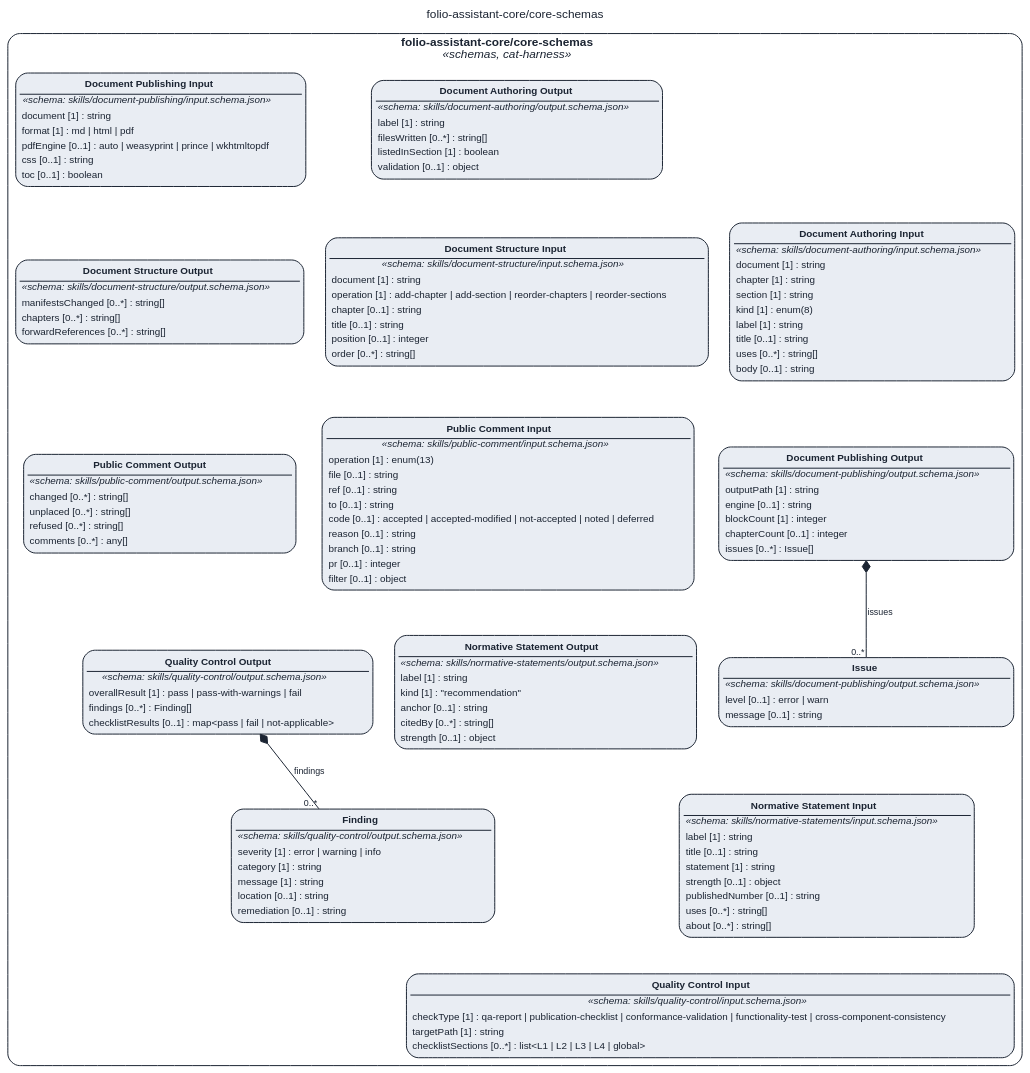
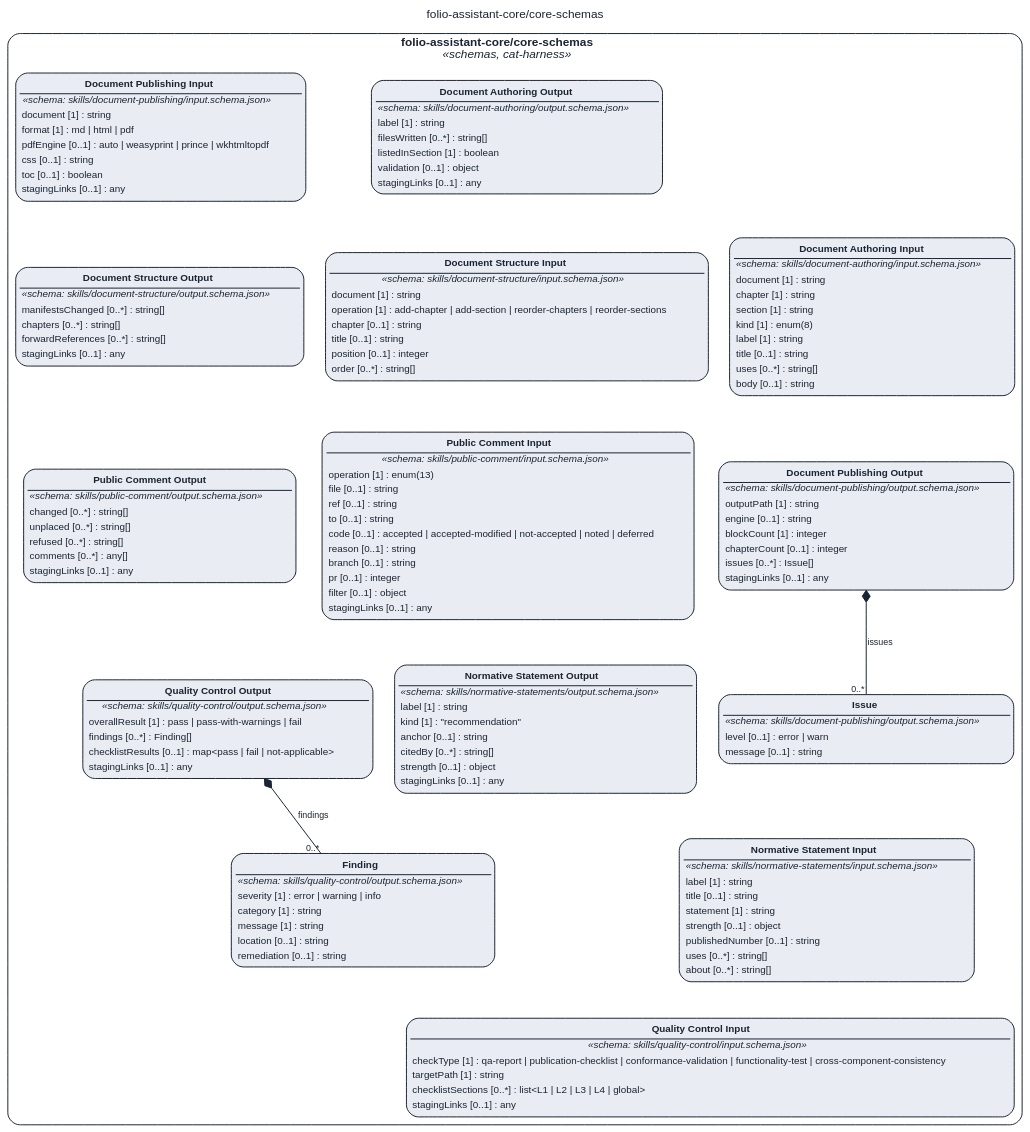
One commit to litlfred/folio-assistant changed the diagram in STAGING/claude-stage-smart-base-e2e-on-2529/assets/img/uml/overview/folio-assistant-core/core-schemas.dot. Above: the diagram before and after it, drawn with Graphviz. The commit also changed 7774 other files, not shown here.

```diff
--- a/STAGING/claude-stage-smart-base-e2e-on-2529/assets/img/uml/overview/folio-assistant-core/core-schemas.dot
+++ b/STAGING/claude-stage-smart-base-e2e-on-2529/assets/img/uml/overview/folio-assistant-core/core-schemas.dot
@@ -7,19 +7,19 @@
   subgraph "cluster_pkg_folio_assistant_core_core_schemas" {
     label=<<b>folio-assistant-core/core-schemas</b><br/><i>«schemas, cat-harness»</i>>; style="rounded"; color="#1b2432"; class="fa_uml_subgraph";
     "folio_assistant_core_core_schemas_skills_document_authoring_input_schema_json_Document_Authoring_Input" [fillcolor="#e9edf3", class="fa_uml_kind_schemas", label=<<table border="0" cellborder="0" cellspacing="0" cellpadding="2"><tr><td border="1" sides="b"><b>Document Authoring Input</b></td></tr><tr><td><i>«schema: skills/document-authoring/input.schema.json»</i></td></tr><tr><td align="left">document [1] : string</td></tr><tr><td align="left">chapter [1] : string</td></tr><tr><td align="left">section [1] : string</td></tr><tr><td align="left">kind [1] : enum(8)</td></tr><tr><td align="left">label [1] : string</td></tr><tr><td align="left">title [0..1] : string</td></tr><tr><td align="left">uses [0..*] : string[]</td></tr><tr><td align="left">body [0..1] : string</td></tr></table>>];
-    "folio_assistant_core_core_schemas_skills_document_authoring_output_schema_json_Document_Authoring_Output" [fillcolor="#e9edf3", class="fa_uml_kind_schemas", label=<<table border="0" cellborder="0" cellspacing="0" cellpadding="2"><tr><td border="1" sides="b"><b>Document Authoring Output</b></td></tr><tr><td><i>«schema: skills/document-authoring/output.schema.json»</i></td></tr><tr><td align="left">label [1] : string</td></tr><tr><td align="left">filesWritten [0..*] : string[]</td></tr><tr><td align="left">listedInSection [1] : boolean</td></tr><tr><td align="left">validation [0..1] : object</td></tr></table>>];
-    "folio_assistant_core_core_schemas_skills_document_publishing_input_schema_json_Document_Publishing_Input" [fillcolor="#e9edf3", class="fa_uml_kind_schemas", label=<<table border="0" cellborder="0" cellspacing="0" cellpadding="2"><tr><td border="1" sides="b"><b>Document Publishing Input</b></td></tr><tr><td><i>«schema: skills/document-publishing/input.schema.json»</i></td></tr><tr><td align="left">document [1] : string</td></tr><tr><td align="left">format [1] : md | html | pdf</td></tr><tr><td align="left">pdfEngine [0..1] : auto | weasyprint | prince | wkhtmltopdf</td></tr><tr><td align="left">css [0..1] : string</td></tr><tr><td align="left">toc [0..1] : boolean</td></tr></table>>];
+    "folio_assistant_core_core_schemas_skills_document_authoring_output_schema_json_Document_Authoring_Output" [fillcolor="#e9edf3", class="fa_uml_kind_schemas", label=<<table border="0" cellborder="0" cellspacing="0" cellpadding="2"><tr><td border="1" sides="b"><b>Document Authoring Output</b></td></tr><tr><td><i>«schema: skills/document-authoring/output.schema.json»</i></td></tr><tr><td align="left">label [1] : string</td></tr><tr><td align="left">filesWritten [0..*] : string[]</td></tr><tr><td align="left">listedInSection [1] : boolean</td></tr><tr><td align="left">validation [0..1] : object</td></tr><tr><td align="left">stagingLinks [0..1] : any</td></tr></table>>];
+    "folio_assistant_core_core_schemas_skills_document_publishing_input_schema_json_Document_Publishing_Input" [fillcolor="#e9edf3", class="fa_uml_kind_schemas", label=<<table border="0" cellborder="0" cellspacing="0" cellpadding="2"><tr><td border="1" sides="b"><b>Document Publishing Input</b></td></tr><tr><td><i>«schema: skills/document-publishing/input.schema.json»</i></td></tr><tr><td align="left">document [1] : string</td></tr><tr><td align="left">format [1] : md | html | pdf</td></tr><tr><td align="left">pdfEngine [0..1] : auto | weasyprint | prince | wkhtmltopdf</td></tr><tr><td align="left">css [0..1] : string</td></tr><tr><td align="left">toc [0..1] : boolean</td></tr><tr><td align="left">stagingLinks [0..1] : any</td></tr></table>>];
     "folio_assistant_core_core_schemas_skills_document_publishing_output_schema_json_Issue" [fillcolor="#e9edf3", class="fa_uml_kind_schemas", label=<<table border="0" cellborder="0" cellspacing="0" cellpadding="2"><tr><td border="1" sides="b"><b>Issue</b></td></tr><tr><td><i>«schema: skills/document-publishing/output.schema.json»</i></td></tr><tr><td align="left">level [0..1] : error | warn</td></tr><tr><td align="left">message [0..1] : string</td></tr></table>>];
-    "folio_assistant_core_core_schemas_skills_document_publishing_output_schema_json_Document_Publishing_Output" [fillcolor="#e9edf3", class="fa_uml_kind_schemas", label=<<table border="0" cellborder="0" cellspacing="0" cellpadding="2"><tr><td border="1" sides="b"><b>Document Publishing Output</b></td></tr><tr><td><i>«schema: skills/document-publishing/output.schema.json»</i></td></tr><tr><td align="left">outputPath [1] : string</td></tr><tr><td align="left">engine [0..1] : string</td></tr><tr><td align="left">blockCount [1] : integer</td></tr><tr><td align="left">chapterCount [0..1] : integer</td></tr><tr><td align="left">issues [0..*] : Issue[]</td></tr></table>>];
+    "folio_assistant_core_core_schemas_skills_document_publishing_output_schema_json_Document_Publishing_Output" [fillcolor="#e9edf3", class="fa_uml_kind_schemas", label=<<table border="0" cellborder="0" cellspacing="0" cellpadding="2"><tr><td border="1" sides="b"><b>Document Publishing Output</b></td></tr><tr><td><i>«schema: skills/document-publishing/output.schema.json»</i></td></tr><tr><td align="left">outputPath [1] : string</td></tr><tr><td align="left">engine [0..1] : string</td></tr><tr><td align="left">blockCount [1] : integer</td></tr><tr><td align="left">chapterCount [0..1] : integer</td></tr><tr><td align="left">issues [0..*] : Issue[]</td></tr><tr><td align="left">stagingLinks [0..1] : any</td></tr></table>>];
     "folio_assistant_core_core_schemas_skills_document_structure_input_schema_json_Document_Structure_Input" [fillcolor="#e9edf3", class="fa_uml_kind_schemas", label=<<table border="0" cellborder="0" cellspacing="0" cellpadding="2"><tr><td border="1" sides="b"><b>Document Structure Input</b></td></tr><tr><td><i>«schema: skills/document-structure/input.schema.json»</i></td></tr><tr><td align="left">document [1] : string</td></tr><tr><td align="left">operation [1] : add-chapter | add-section | reorder-chapters | reorder-sections</td></tr><tr><td align="left">chapter [0..1] : string</td></tr><tr><td align="left">title [0..1] : string</td></tr><tr><td align="left">position [0..1] : integer</td></tr><tr><td align="left">order [0..*] : string[]</td></tr></table>>];
-    "folio_assistant_core_core_schemas_skills_document_structure_output_schema_json_Document_Structure_Output" [fillcolor="#e9edf3", class="fa_uml_kind_schemas", label=<<table border="0" cellborder="0" cellspacing="0" cellpadding="2"><tr><td border="1" sides="b"><b>Document Structure Output</b></td></tr><tr><td><i>«schema: skills/document-structure/output.schema.json»</i></td></tr><tr><td align="left">manifestsChanged [0..*] : string[]</td></tr><tr><td align="left">chapters [0..*] : string[]</td></tr><tr><td align="left">forwardReferences [0..*] : string[]</td></tr></table>>];
+    "folio_assistant_core_core_schemas_skills_document_structure_output_schema_json_Document_Structure_Output" [fillcolor="#e9edf3", class="fa_uml_kind_schemas", label=<<table border="0" cellborder="0" cellspacing="0" cellpadding="2"><tr><td border="1" sides="b"><b>Document Structure Output</b></td></tr><tr><td><i>«schema: skills/document-structure/output.schema.json»</i></td></tr><tr><td align="left">manifestsChanged [0..*] : string[]</td></tr><tr><td align="left">chapters [0..*] : string[]</td></tr><tr><td align="left">forwardReferences [0..*] : string[]</td></tr><tr><td align="left">stagingLinks [0..1] : any</td></tr></table>>];
     "folio_assistant_core_core_schemas_skills_normative_statements_input_schema_json_Normative_Statement_Input" [fillcolor="#e9edf3", class="fa_uml_kind_schemas", label=<<table border="0" cellborder="0" cellspacing="0" cellpadding="2"><tr><td border="1" sides="b"><b>Normative Statement Input</b></td></tr><tr><td><i>«schema: skills/normative-statements/input.schema.json»</i></td></tr><tr><td align="left">label [1] : string</td></tr><tr><td align="left">title [0..1] : string</td></tr><tr><td align="left">statement [1] : string</td></tr><tr><td align="left">strength [0..1] : object</td></tr><tr><td align="left">publishedNumber [0..1] : string</td></tr><tr><td align="left">uses [0..*] : string[]</td></tr><tr><td align="left">about [0..*] : string[]</td></tr></table>>];
-    "folio_assistant_core_core_schemas_skills_normative_statements_output_schema_json_Normative_Statement_Output" [fillcolor="#e9edf3", class="fa_uml_kind_schemas", label=<<table border="0" cellborder="0" cellspacing="0" cellpadding="2"><tr><td border="1" sides="b"><b>Normative Statement Output</b></td></tr><tr><td><i>«schema: skills/normative-statements/output.schema.json»</i></td></tr><tr><td align="left">label [1] : string</td></tr><tr><td align="left">kind [1] : &quot;recommendation&quot;</td></tr><tr><td align="left">anchor [0..1] : string</td></tr><tr><td align="left">citedBy [0..*] : string[]</td></tr><tr><td align="left">strength [0..1] : object</td></tr></table>>];
-    "folio_assistant_core_core_schemas_skills_public_comment_input_schema_json_Public_Comment_Input" [fillcolor="#e9edf3", class="fa_uml_kind_schemas", label=<<table border="0" cellborder="0" cellspacing="0" cellpadding="2"><tr><td border="1" sides="b"><b>Public Comment Input</b></td></tr><tr><td><i>«schema: skills/public-comment/input.schema.json»</i></td></tr><tr><td align="left">operation [1] : enum(13)</td></tr><tr><td align="left">file [0..1] : string</td></tr><tr><td align="left">ref [0..1] : string</td></tr><tr><td align="left">to [0..1] : string</td></tr><tr><td align="left">code [0..1] : accepted | accepted-modified | not-accepted | noted | deferred</td></tr><tr><td align="left">reason [0..1] : string</td></tr><tr><td align="left">branch [0..1] : string</td></tr><tr><td align="left">pr [0..1] : integer</td></tr><tr><td align="left">filter [0..1] : object</td></tr></table>>];
-    "folio_assistant_core_core_schemas_skills_public_comment_output_schema_json_Public_Comment_Output" [fillcolor="#e9edf3", class="fa_uml_kind_schemas", label=<<table border="0" cellborder="0" cellspacing="0" cellpadding="2"><tr><td border="1" sides="b"><b>Public Comment Output</b></td></tr><tr><td><i>«schema: skills/public-comment/output.schema.json»</i></td></tr><tr><td align="left">changed [0..*] : string[]</td></tr><tr><td align="left">unplaced [0..*] : string[]</td></tr><tr><td align="left">refused [0..*] : string[]</td></tr><tr><td align="left">comments [0..*] : any[]</td></tr></table>>];
-    "folio_assistant_core_core_schemas_skills_quality_control_input_schema_json_Quality_Control_Input" [fillcolor="#e9edf3", class="fa_uml_kind_schemas", label=<<table border="0" cellborder="0" cellspacing="0" cellpadding="2"><tr><td border="1" sides="b"><b>Quality Control Input</b></td></tr><tr><td><i>«schema: skills/quality-control/input.schema.json»</i></td></tr><tr><td align="left">checkType [1] : qa-report | publication-checklist | conformance-validation | functionality-test | cross-component-consistency</td></tr><tr><td align="left">targetPath [1] : string</td></tr><tr><td align="left">checklistSections [0..*] : list&lt;L1 | L2 | L3 | L4 | global&gt;</td></tr></table>>];
+    "folio_assistant_core_core_schemas_skills_normative_statements_output_schema_json_Normative_Statement_Output" [fillcolor="#e9edf3", class="fa_uml_kind_schemas", label=<<table border="0" cellborder="0" cellspacing="0" cellpadding="2"><tr><td border="1" sides="b"><b>Normative Statement Output</b></td></tr><tr><td><i>«schema: skills/normative-statements/output.schema.json»</i></td></tr><tr><td align="left">label [1] : string</td></tr><tr><td align="left">kind [1] : &quot;recommendation&quot;</td></tr><tr><td align="left">anchor [0..1] : string</td></tr><tr><td align="left">citedBy [0..*] : string[]</td></tr><tr><td align="left">strength [0..1] : object</td></tr><tr><td align="left">stagingLinks [0..1] : any</td></tr></table>>];
+    "folio_assistant_core_core_schemas_skills_public_comment_input_schema_json_Public_Comment_Input" [fillcolor="#e9edf3", class="fa_uml_kind_schemas", label=<<table border="0" cellborder="0" cellspacing="0" cellpadding="2"><tr><td border="1" sides="b"><b>Public Comment Input</b></td></tr><tr><td><i>«schema: skills/public-comment/input.schema.json»</i></td></tr><tr><td align="left">operation [1] : enum(13)</td></tr><tr><td align="left">file [0..1] : string</td></tr><tr><td align="left">ref [0..1] : string</td></tr><tr><td align="left">to [0..1] : string</td></tr><tr><td align="left">code [0..1] : accepted | accepted-modified | not-accepted | noted | deferred</td></tr><tr><td align="left">reason [0..1] : string</td></tr><tr><td align="left">branch [0..1] : string</td></tr><tr><td align="left">pr [0..1] : integer</td></tr><tr><td align="left">filter [0..1] : object</td></tr><tr><td align="left">stagingLinks [0..1] : any</td></tr></table>>];
+    "folio_assistant_core_core_schemas_skills_public_comment_output_schema_json_Public_Comment_Output" [fillcolor="#e9edf3", class="fa_uml_kind_schemas", label=<<table border="0" cellborder="0" cellspacing="0" cellpadding="2"><tr><td border="1" sides="b"><b>Public Comment Output</b></td></tr><tr><td><i>«schema: skills/public-comment/output.schema.json»</i></td></tr><tr><td align="left">changed [0..*] : string[]</td></tr><tr><td align="left">unplaced [0..*] : string[]</td></tr><tr><td align="left">refused [0..*] : string[]</td></tr><tr><td align="left">comments [0..*] : any[]</td></tr><tr><td align="left">stagingLinks [0..1] : any</td></tr></table>>];
+    "folio_assistant_core_core_schemas_skills_quality_control_input_schema_json_Quality_Control_Input" [fillcolor="#e9edf3", class="fa_uml_kind_schemas", label=<<table border="0" cellborder="0" cellspacing="0" cellpadding="2"><tr><td border="1" sides="b"><b>Quality Control Input</b></td></tr><tr><td><i>«schema: skills/quality-control/input.schema.json»</i></td></tr><tr><td align="left">checkType [1] : qa-report | publication-checklist | conformance-validation | functionality-test | cross-component-consistency</td></tr><tr><td align="left">targetPath [1] : string</td></tr><tr><td align="left">checklistSections [0..*] : list&lt;L1 | L2 | L3 | L4 | global&gt;</td></tr><tr><td align="left">stagingLinks [0..1] : any</td></tr></table>>];
     "folio_assistant_core_core_schemas_skills_quality_control_output_schema_json_Finding" [fillcolor="#e9edf3", class="fa_uml_kind_schemas", label=<<table border="0" cellborder="0" cellspacing="0" cellpadding="2"><tr><td border="1" sides="b"><b>Finding</b></td></tr><tr><td><i>«schema: skills/quality-control/output.schema.json»</i></td></tr><tr><td align="left">severity [1] : error | warning | info</td></tr><tr><td align="left">category [1] : string</td></tr><tr><td align="left">message [1] : string</td></tr><tr><td align="left">location [0..1] : string</td></tr><tr><td align="left">remediation [0..1] : string</td></tr></table>>];
-    "folio_assistant_core_core_schemas_skills_quality_control_output_schema_json_Quality_Control_Output" [fillcolor="#e9edf3", class="fa_uml_kind_schemas", label=<<table border="0" cellborder="0" cellspacing="0" cellpadding="2"><tr><td border="1" sides="b"><b>Quality Control Output</b></td></tr><tr><td><i>«schema: skills/quality-control/output.schema.json»</i></td></tr><tr><td align="left">overallResult [1] : pass | pass-with-warnings | fail</td></tr><tr><td align="left">findings [0..*] : Finding[]</td></tr><tr><td align="left">checklistResults [0..1] : map&lt;pass | fail | not-applicable&gt;</td></tr></table>>];
+    "folio_assistant_core_core_schemas_skills_quality_control_output_schema_json_Quality_Control_Output" [fillcolor="#e9edf3", class="fa_uml_kind_schemas", label=<<table border="0" cellborder="0" cellspacing="0" cellpadding="2"><tr><td border="1" sides="b"><b>Quality Control Output</b></td></tr><tr><td><i>«schema: skills/quality-control/output.schema.json»</i></td></tr><tr><td align="left">overallResult [1] : pass | pass-with-warnings | fail</td></tr><tr><td align="left">findings [0..*] : Finding[]</td></tr><tr><td align="left">checklistResults [0..1] : map&lt;pass | fail | not-applicable&gt;</td></tr><tr><td align="left">stagingLinks [0..1] : any</td></tr></table>>];
   }
   "folio_assistant_core_core_schemas_skills_document_publishing_output_schema_json_Document_Publishing_Output" -> "folio_assistant_core_core_schemas_skills_document_publishing_output_schema_json_Issue" [dir=both, arrowtail=diamond, arrowhead=none, label="issues", headlabel="0..*", class="fa_uml_composition"];
   "folio_assistant_core_core_schemas_skills_quality_control_output_schema_json_Quality_Control_Output" -> "folio_assistant_core_core_schemas_skills_quality_control_output_schema_json_Finding" [dir=both, arrowtail=diamond, arrowhead=none, label="findings", headlabel="0..*", class="fa_uml_composition"];
```
